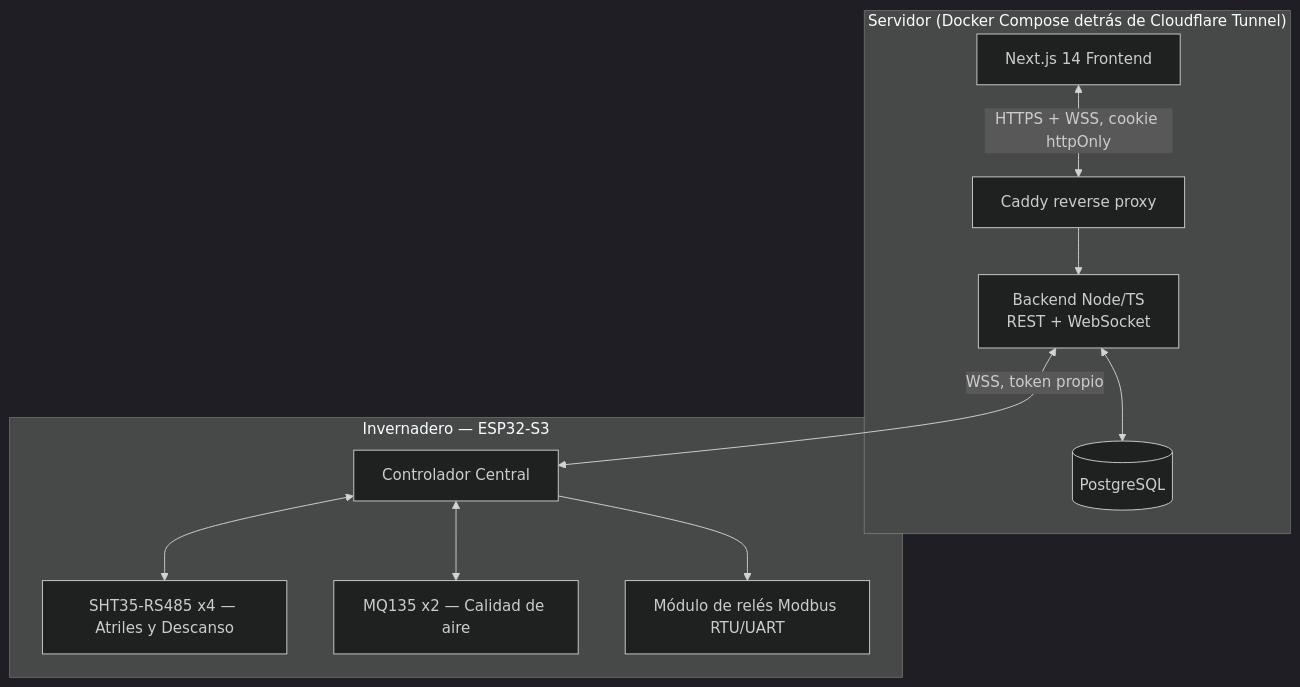
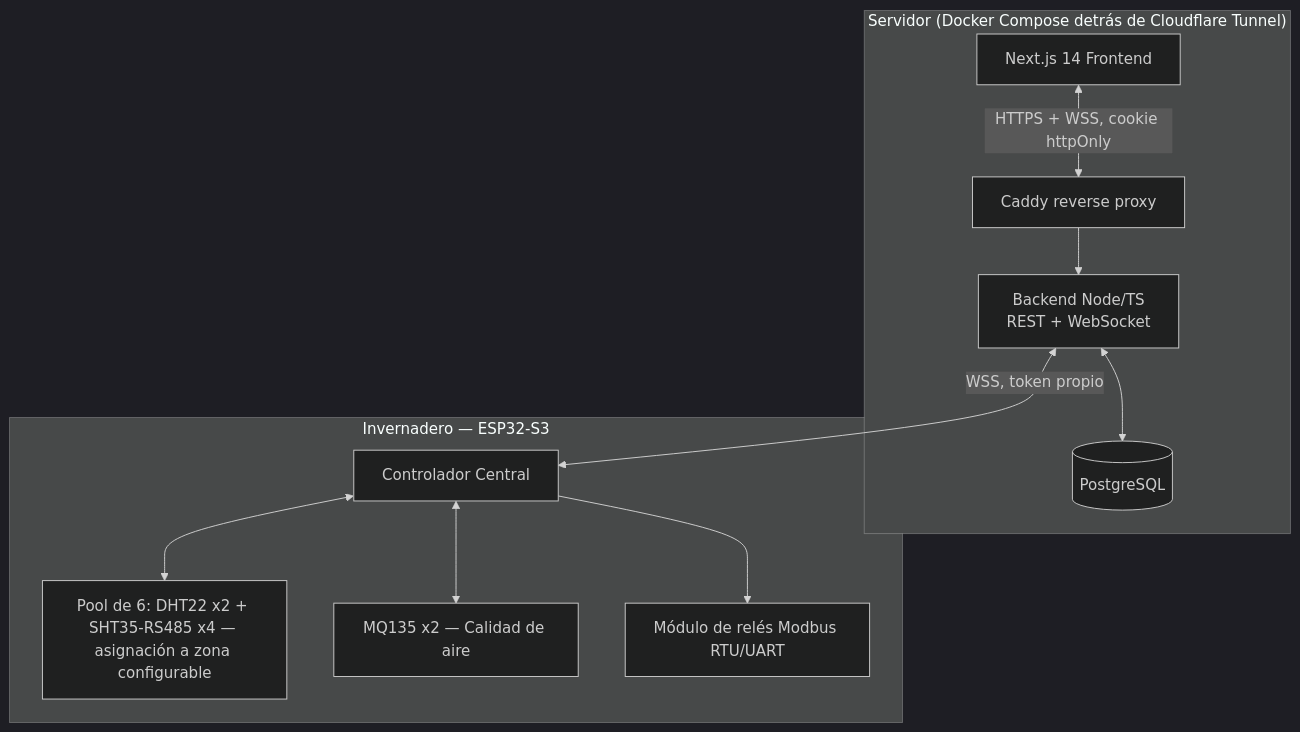
One commit to GerAjeno/Shiitake-Lindo-V2 changed the diagram in README.md. Above: the diagram before and after it, drawn with Mermaid (dark theme). The commit also changed 20 other files, not shown here.

````diff
--- a/README.md
+++ b/README.md
@@ -19,24 +19,24 @@
 ```mermaid
 graph TD
     subgraph "Servidor (Docker Compose detrás de Cloudflare Tunnel)"
         FE[Next.js 14 Frontend]
         BE[Backend Node/TS<br/>REST + WebSocket]
         PG[(PostgreSQL)]
         CD[Caddy reverse proxy]
     end
 
     subgraph "Invernadero — ESP32-S3"
         CTRL[Controlador Central]
-        DHT[SHT35-RS485 x4 — Atriles y Descanso]
+        DHT[Pool de 6: DHT22 x2 + SHT35-RS485 x4 — asignación a zona configurable]
         MQ[MQ135 x2 — Calidad de aire]
         RELE[Módulo de relés Modbus RTU/UART]
     end
 
     FE <-->|HTTPS + WSS, cookie httpOnly| CD
     CD --> BE
     BE <--> PG
     BE <-->|WSS, token propio| CTRL
     CTRL <--> DHT
     CTRL <--> MQ
     CTRL --> RELE
 ```
````
